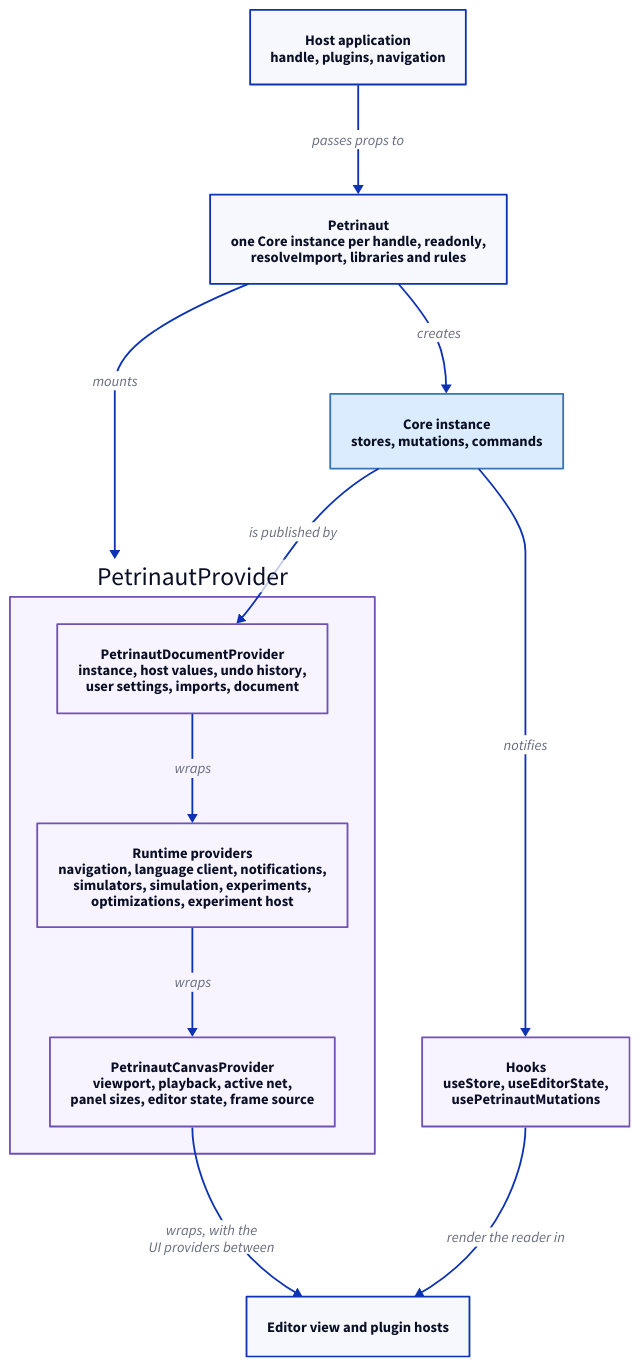
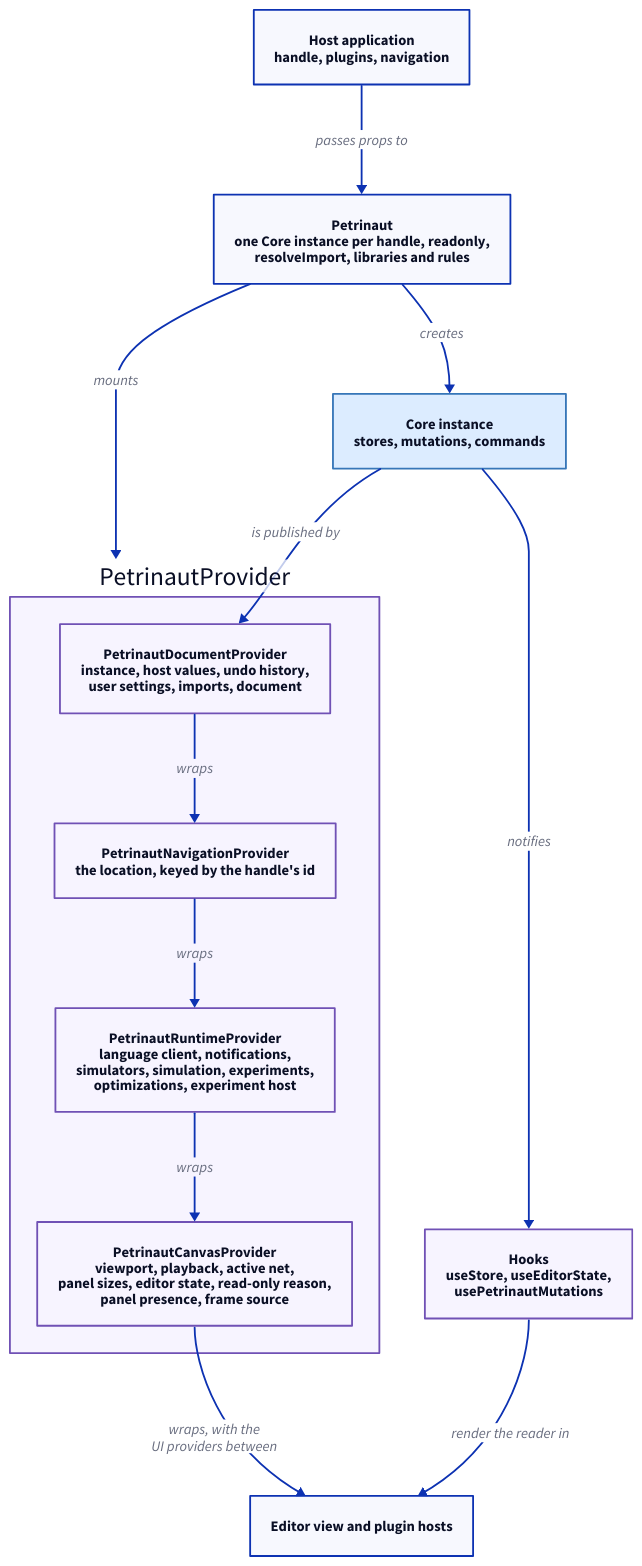
The diagram in libs/@hashintel/petrinaut/src/react/provider-stack.d2 (hashintel/hash), drawn with D2 before and after one commit. The commit also changed 6 other files, not shown here.

```diff
--- a/libs/@hashintel/petrinaut/src/react/provider-stack.d2
+++ b/libs/@hashintel/petrinaut/src/react/provider-stack.d2
@@ -1,30 +1,32 @@
 # Hand-written; rendered by the arch-docs build. React providers use the
 # purple palette, the Core instance the blue one.
 direction: down
 
 classes: {
   react: {style.fill: "#f7f4ff"; style.stroke: "#7051b5"}
   core: {style.fill: "#dcecff"; style.stroke: "#3676b8"}
 }
 
 host: "Host application\nhandle, plugins, navigation"
 petrinaut: "Petrinaut\none Core instance per handle, readonly,\nresolveImport, libraries and rules"
 core: "Core instance\nstores, mutations, commands" {class: core}
 provider: "PetrinautProvider" {
   class: react
   doc: "PetrinautDocumentProvider\ninstance, host values, undo history,\nuser settings, imports, document" {class: react}
-  runtime: "Runtime providers\nnavigation, language client, notifications,\nsimulators, simulation, experiments,\noptimizations, experiment host" {class: react}
-  canvas: "PetrinautCanvasProvider\nviewport, playback, active net,\npanel sizes, editor state, frame source" {class: react}
+  navigation: "PetrinautNavigationProvider\nthe location, keyed by the handle's id" {class: react}
+  runtime: "PetrinautRuntimeProvider\nlanguage client, notifications,\nsimulators, simulation, experiments,\noptimizations, experiment host" {class: react}
+  canvas: "PetrinautCanvasProvider\nviewport, playback, active net,\npanel sizes, editor state, read-only reason,\npanel presence, frame source" {class: react}
 }
 hooks: "Hooks\nuseStore, useEditorState,\nusePetrinautMutations" {class: react}
 ui: "Editor view and plugin hosts"
 
 host -> petrinaut: "passes props to"
 petrinaut -> core: "creates"
 petrinaut -> provider: "mounts"
 core -> provider.doc: "is published by"
-provider.doc -> provider.runtime: "wraps"
+provider.doc -> provider.navigation: "wraps"
+provider.navigation -> provider.runtime: "wraps"
 provider.runtime -> provider.canvas: "wraps"
 provider.canvas -> ui: "wraps, with the\nUI providers between"
 core -> hooks: "notifies"
 hooks -> ui: "render the reader in"
```
